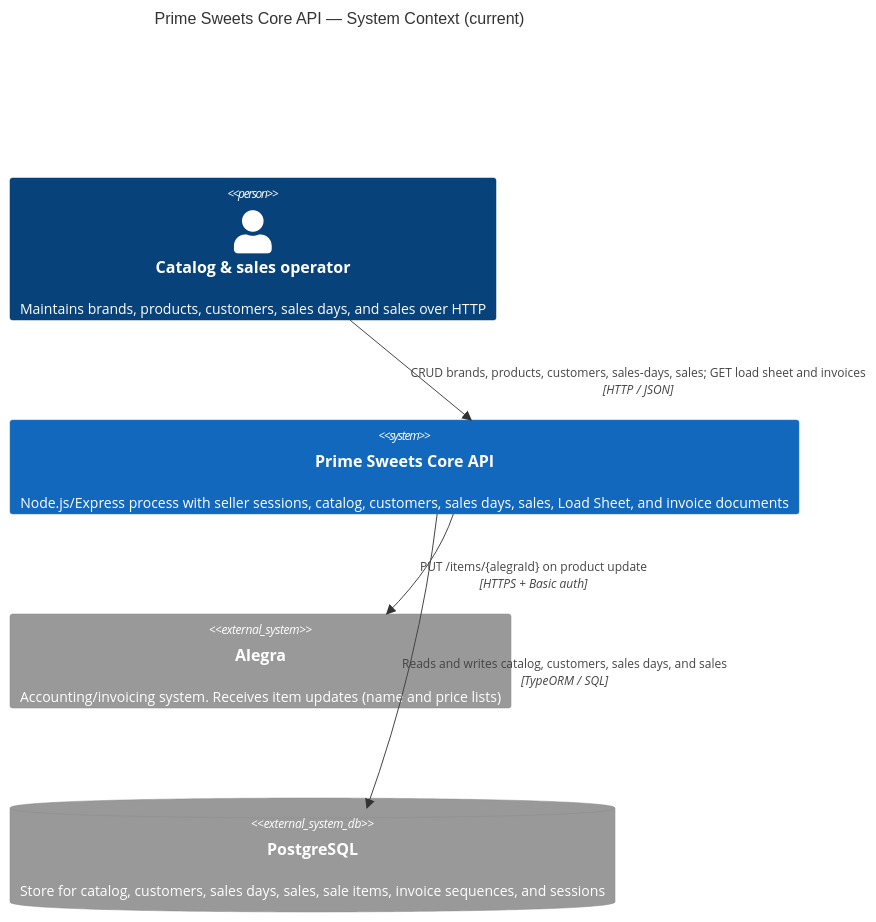
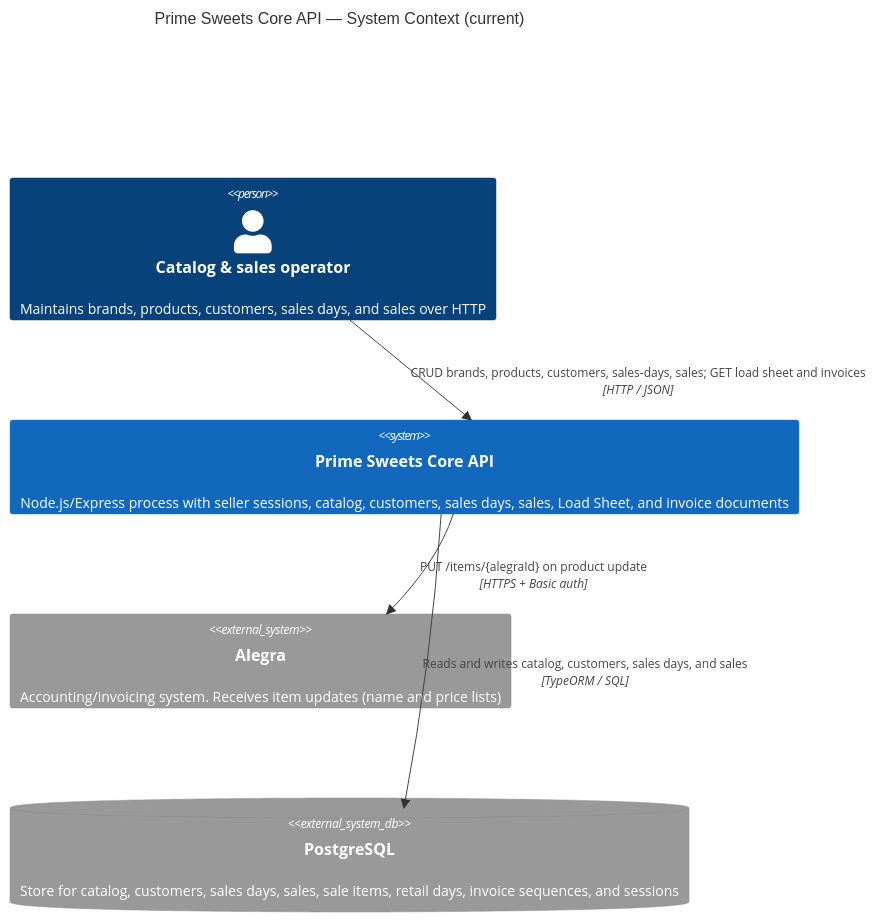
The diagram in docs/architecture/01-context.md (X01SERYO/prime-sweets-api), drawn with Mermaid before and after one commit. The commit also changed other lines of this file and 12 other files, not shown here.

````diff
--- a/docs/architecture/01-context.md
+++ b/docs/architecture/01-context.md
@@ -9,13 +9,13 @@
 ```mermaid
 C4Context
 title Prime Sweets Core API — System Context (current)
 
 Person(operator, "Catalog & sales operator", "Maintains brands, products, customers, sales days, and sales over HTTP")
 System(api, "Prime Sweets Core API", "Node.js/Express process with seller sessions, catalog, customers, sales days, sales, Load Sheet, and invoice documents")
 System_Ext(alegra, "Alegra", "Accounting/invoicing system. Receives item updates (name and price lists)")
-SystemDb_Ext(postgres, "PostgreSQL", "Store for catalog, customers, sales days, sales, sale items, invoice sequences, and sessions")
+SystemDb_Ext(postgres, "PostgreSQL", "Store for catalog, customers, sales days, sales, sale items, retail days, invoice sequences, and sessions")
 
 Rel(operator, api, "CRUD brands, products, customers, sales-days, sales; GET load sheet and invoices", "HTTP / JSON")
 Rel(api, postgres, "Reads and writes catalog, customers, sales days, and sales", "TypeORM / SQL")
 Rel(api, alegra, "PUT /items/{alegraId} on product update", "HTTPS + Basic auth")
 ```
````
